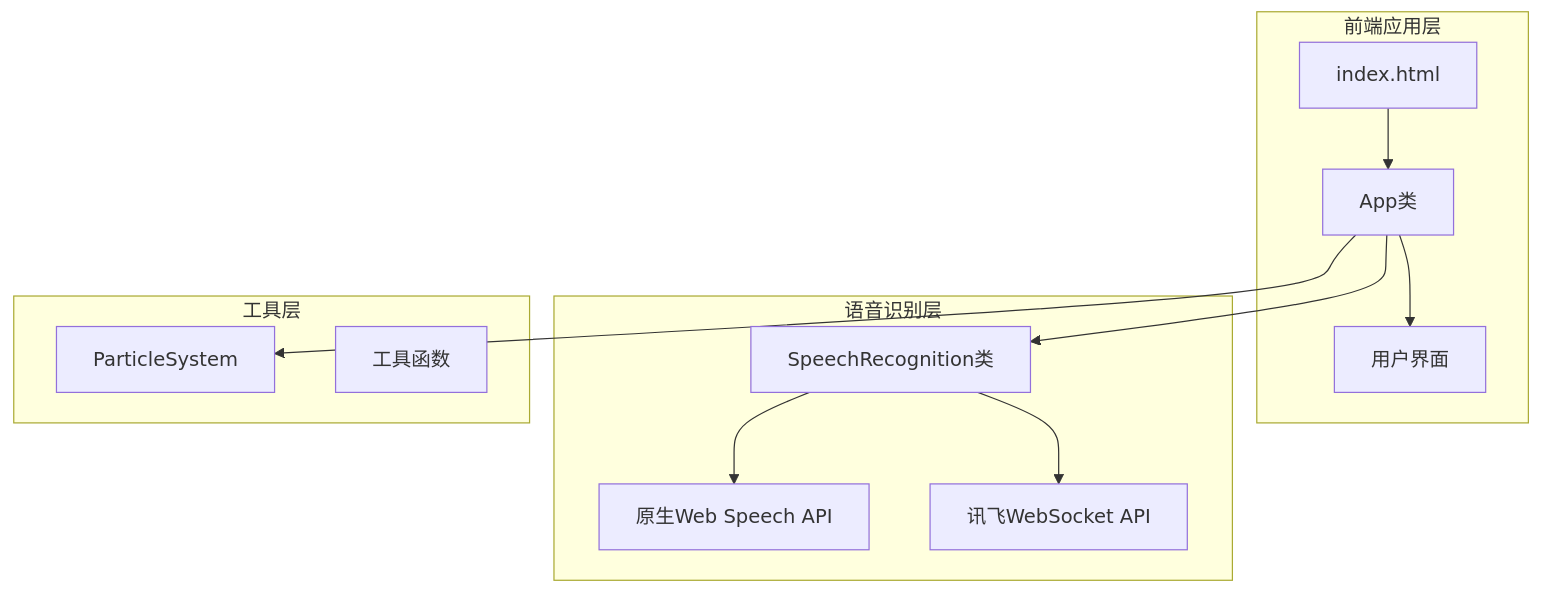
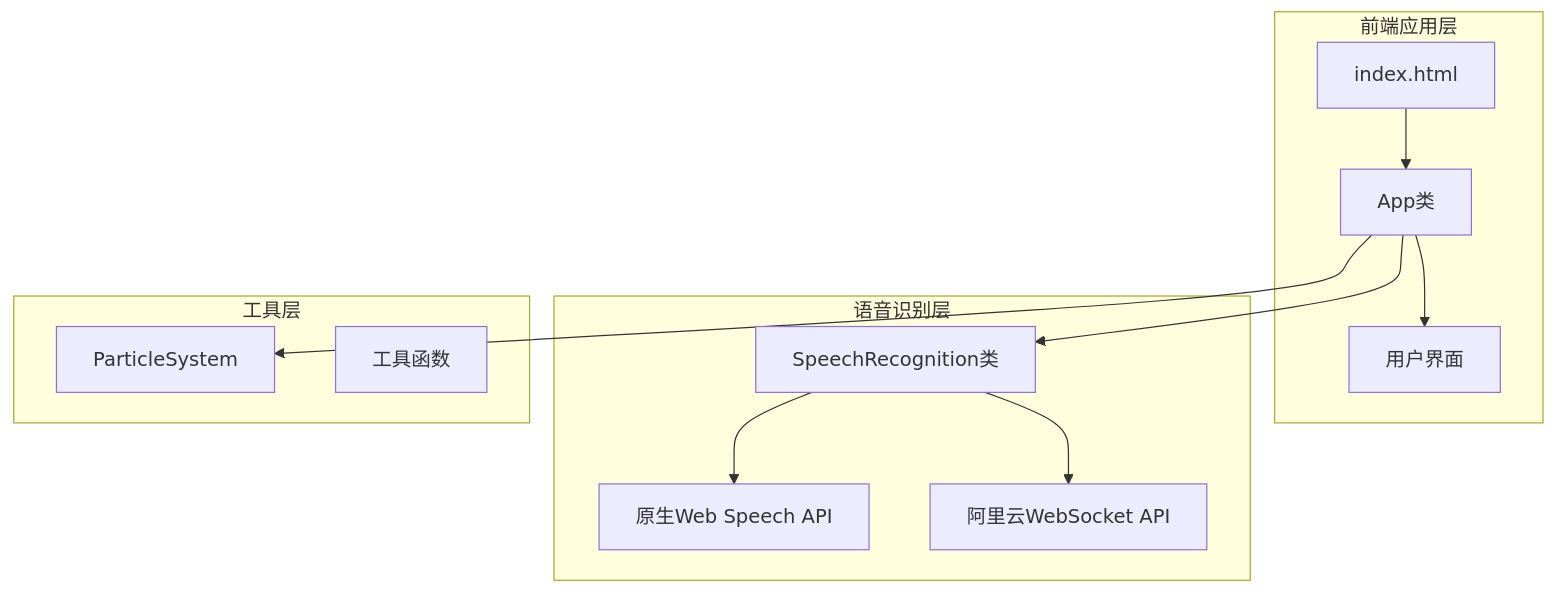
Before and after one commit to db300/MySpeechRecognition: the first of 8 diagrams in .qoder/repowiki/zh/content/故障排除指南/错误处理和调试.md, drawn with Mermaid. The commit also changed other lines of this file and 10 other files, not shown here.

````diff
--- a/.qoder/repowiki/zh/content/故障排除指南/错误处理和调试.md
+++ b/.qoder/repowiki/zh/content/故障排除指南/错误处理和调试.md
@@ -31,23 +31,23 @@
 ```mermaid
 graph TB
 subgraph "前端应用层"
 Index[index.html]
 App[App类]
 UI[用户界面]
 end
 subgraph "语音识别层"
 Speech[SpeechRecognition类]
 Native[原生Web Speech API]
-Xfyun[讯飞WebSocket API]
+Aliyun[阿里云WebSocket API]
 end
 subgraph "工具层"
 Particles[ParticleSystem]
 Utils[工具函数]
 end
 Index --> App
 App --> Speech
 Speech --> Native
-Speech --> Xfyun
+Speech --> Aliyun
 App --> Particles
 App --> UI
 ```
````
